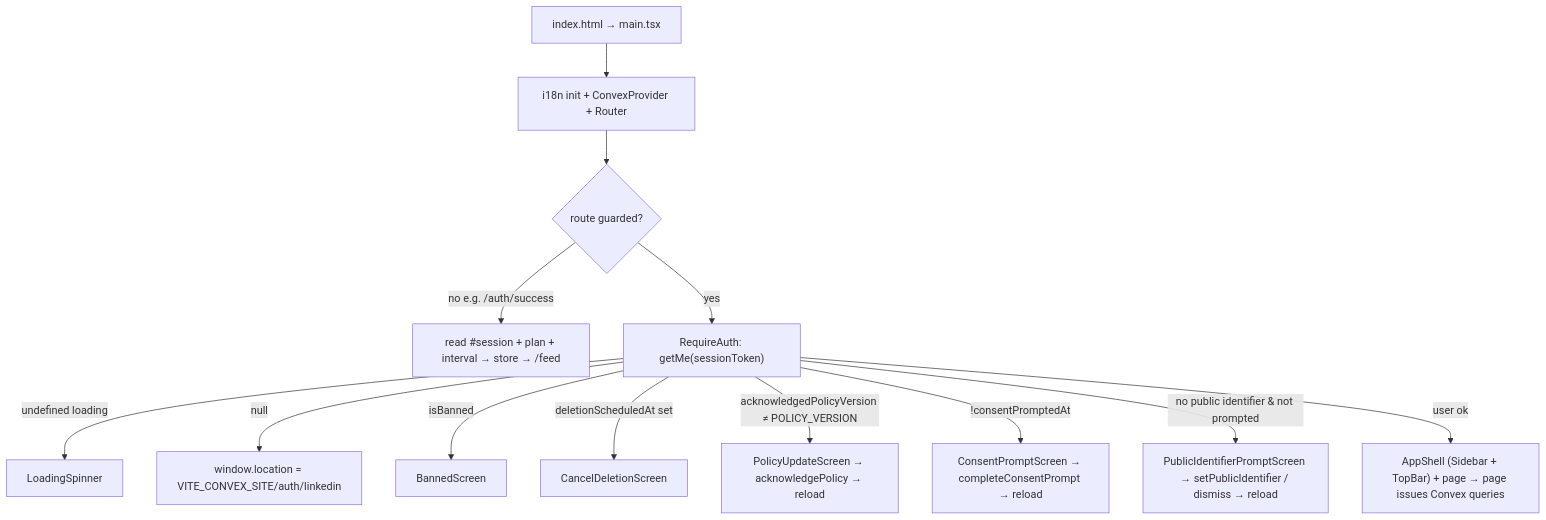
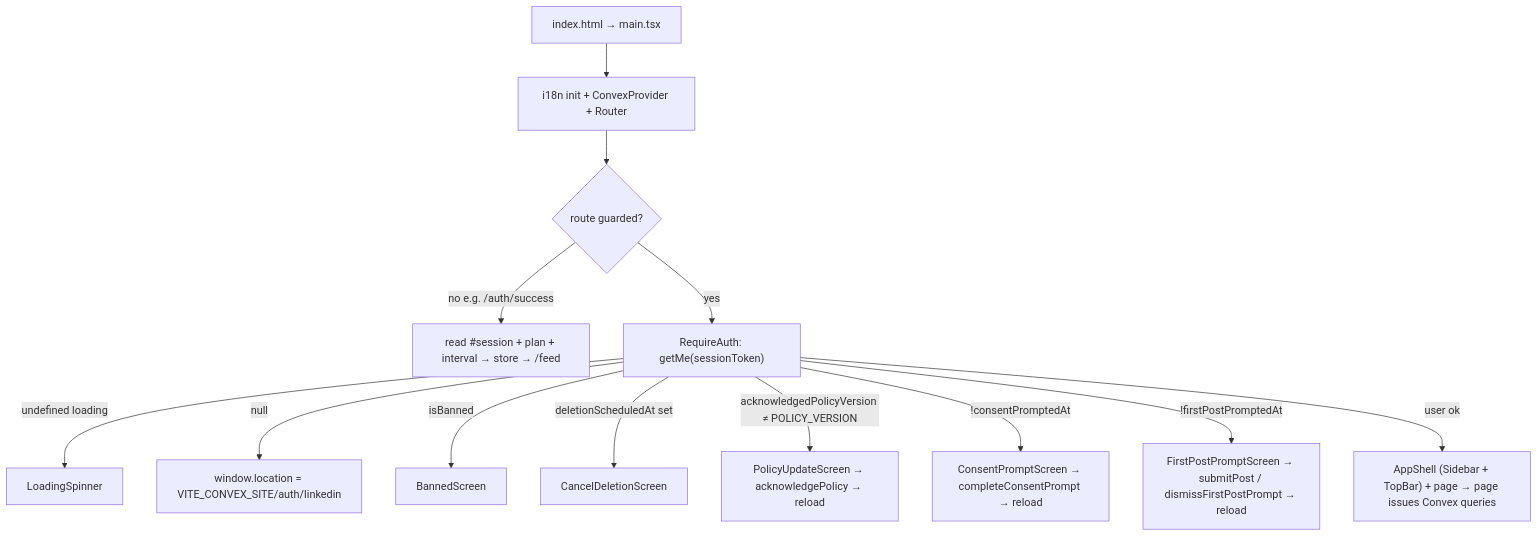
Before and after one commit to henriko202/glowing-octo-guide: diagram 20 of 21 in docs/PLATFORM.md, drawn with Mermaid. The commit also changed other lines of this file and 32 other files, not shown here.

First line of the commit message:
feat(onboarding): replace LinkedIn identifier step with first-post prompt

````diff
--- a/docs/PLATFORM.md
+++ b/docs/PLATFORM.md
@@ -1925,15 +1933,15 @@
 ```mermaid
 flowchart TD
   L["index.html → main.tsx"] --> I["i18n init + ConvexProvider + Router"]
   I --> RT{"route guarded?"}
   RT -->|no e.g. /auth/success| LAND["read #session + plan + interval → store → /feed"]
   RT -->|yes| RA["RequireAuth: getMe(sessionToken)"]
   RA -->|undefined loading| SP["LoadingSpinner"]
   RA -->|null| OAUTH["window.location = VITE_CONVEX_SITE/auth/linkedin"]
   RA -->|isBanned| BAN["BannedScreen"]
   RA -->|deletionScheduledAt set| CDEL["CancelDeletionScreen"]
   RA -->|"acknowledgedPolicyVersion ≠ POLICY_VERSION"| RECON["PolicyUpdateScreen → acknowledgePolicy → reload"]
   RA -->|"!consentPromptedAt"| CONSENT["ConsentPromptScreen → completeConsentPrompt → reload"]
-  RA -->|"no public identifier & not prompted"| PID["PublicIdentifierPromptScreen → setPublicIdentifier / dismiss → reload"]
+  RA -->|"!firstPostPromptedAt"| FIRSTPOST["FirstPostPromptScreen → submitPost / dismissFirstPostPrompt → reload"]
   RA -->|user ok| SHELL["AppShell (Sidebar + TopBar) + page → page issues Convex queries"]
 ```
````
